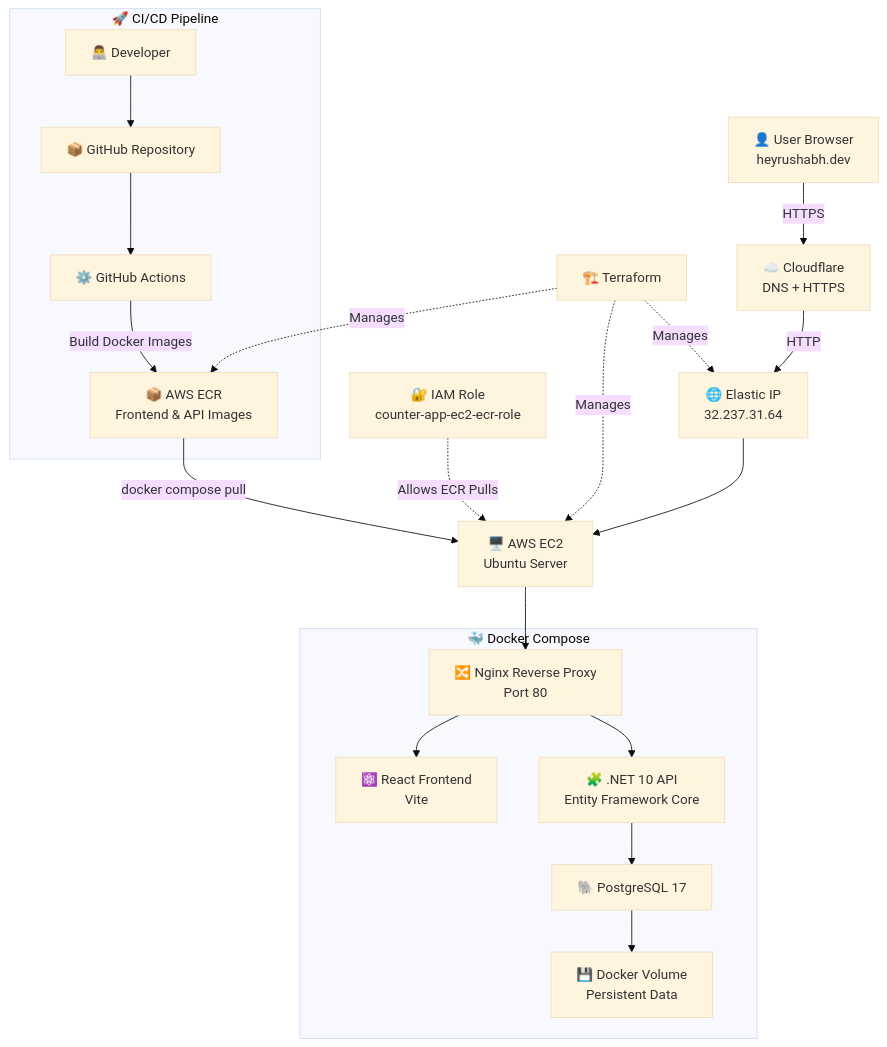
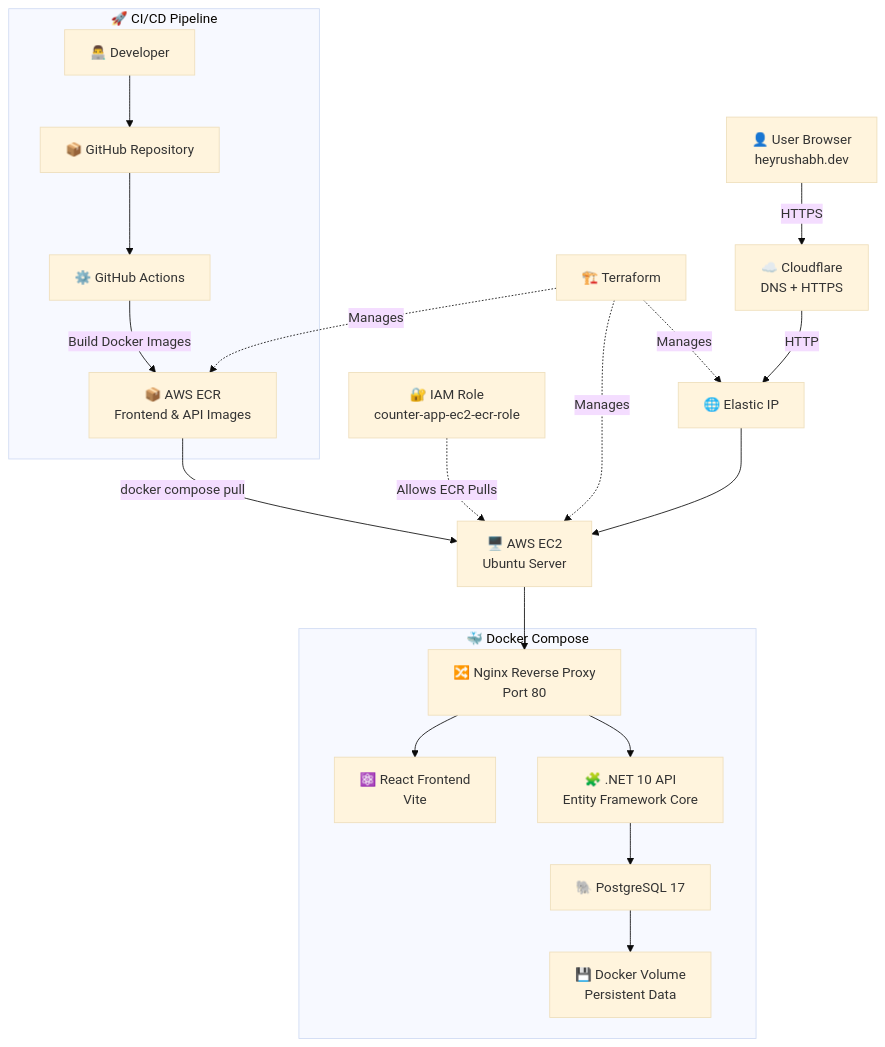
Before and after one commit to heyrushabh/dotnet-counter-app: the diagram in README.md, drawn with Mermaid (base theme).

````diff
--- a/README.md
+++ b/README.md
@@ -2,70 +2,70 @@
 ```mermaid
 flowchart TB
 
     %% USERS
     User["👤 User Browser<br/>heyrushabh.dev"]
     
     %% EDGE
     Cloudflare["☁️ Cloudflare<br/>DNS + HTTPS"]
 
     %% AWS
-    EIP["🌐 Elastic IP<br/>32.237.31.64"]
+    EIP["🌐 Elastic IP<br/>"]
 
     EC2["🖥️ AWS EC2<br/>Ubuntu Server"]
 
     %% DOCKER HOST
     subgraph DockerCompose["🐳 Docker Compose"]
 
         Nginx["🔀 Nginx Reverse Proxy<br/>Port 80"]
 
         React["⚛️ React Frontend<br/>Vite"]
 
         API["🧩 .NET 10 API<br/>Entity Framework Core"]
 
         Postgres["🐘 PostgreSQL 17"]
 
         Volume["💾 Docker Volume<br/>Persistent Data"]
 
         Nginx --> React
         Nginx --> API
         API --> Postgres
         Postgres --> Volume
     end
 
     %% TRAFFIC FLOW
     User -->|HTTPS| Cloudflare
     Cloudflare -->|HTTP| EIP
     EIP --> EC2
     EC2 --> Nginx
 
     %% DEVOPS SECTION
     subgraph CICD["🚀 CI/CD Pipeline"]
 
         Dev["👨‍💻 Developer"]
 
         Github["📦 GitHub Repository"]
 
         Actions["⚙️ GitHub Actions"]
 
         ECR["📦 AWS ECR<br/>Frontend & API Images"]
 
         Dev --> Github
         Github --> Actions
         Actions -->|Build Docker Images| ECR
     end
 
     %% DEPLOYMENT FLOW
     ECR -->|docker compose pull| EC2
 
     %% INFRASTRUCTURE
     Terraform["🏗️ Terraform"]
 
     Terraform -.->|Manages| EC2
     Terraform -.->|Manages| EIP
     Terraform -.->|Manages| ECR
 
     %% SECURITY
     IAM["🔐 IAM Role<br/>counter-app-ec2-ecr-role"]
 
     IAM -.->|Allows ECR Pulls| EC2
 ```
````
